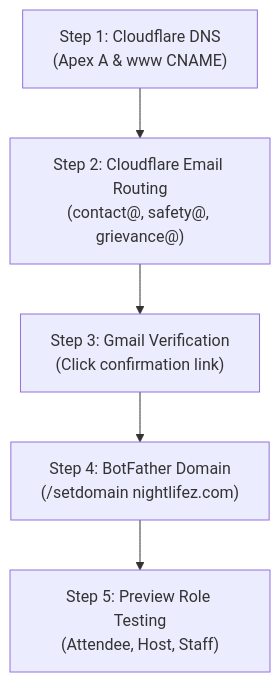
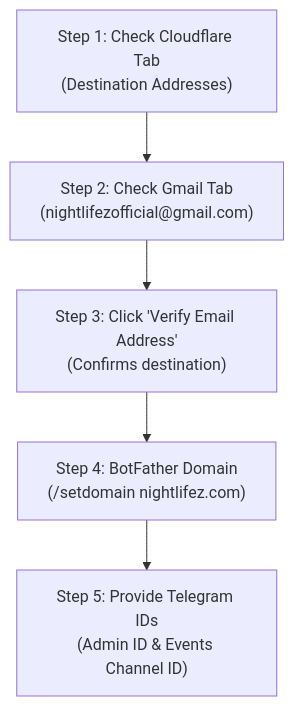
The diagram in NEXT_OWNER_ACTIONS.md (Jakuraa/StrangersMeetup), drawn with Mermaid before and after one commit. The commit also changed other lines of this file and 3 other files, not shown here.

Commit message:
docs(launch): record DNS propagation, SSL issuance, and email destination reconciliation

````diff
--- a/NEXT_OWNER_ACTIONS.md
+++ b/NEXT_OWNER_ACTIONS.md
@@ -46,7 +48,7 @@
 ```mermaid
 flowchart TD
-    A["Step 1: Cloudflare DNS<br/>(Apex A & www CNAME)"] --> B["Step 2: Cloudflare Email Routing<br/>(contact@, safety@, grievance@)"]
-    B --> C["Step 3: Gmail Verification<br/>(Click confirmation link)"]
+    A["Step 1: Check Cloudflare Tab<br/>(Destination Addresses)"] --> B["Step 2: Check Gmail Tab<br/>(nightlifezofficial@gmail.com)"]
+    B --> C["Step 3: Click 'Verify Email Address'<br/>(Confirms destination)"]
     C --> D["Step 4: BotFather Domain<br/>(/setdomain nightlifez.com)"]
-    D --> E["Step 5: Preview Role Testing<br/>(Attendee, Host, Staff)"]
+    D --> E["Step 5: Provide Telegram IDs<br/>(Admin ID & Events Channel ID)"]
 ```
````
